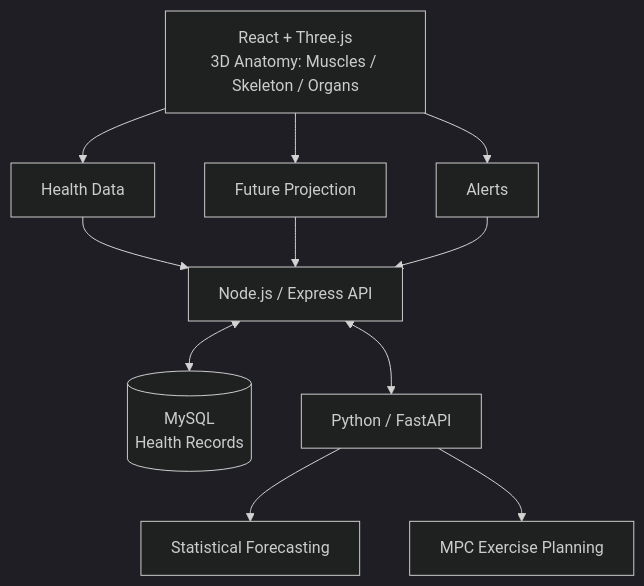
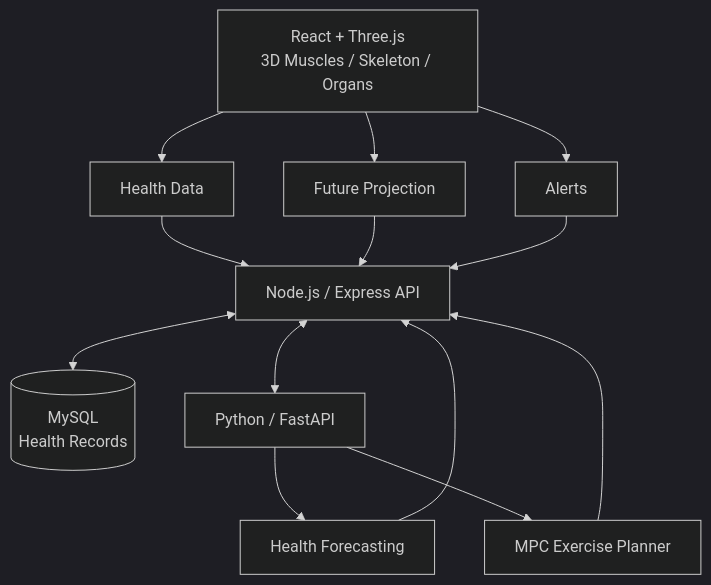
One commit to pr0mak/OlympusHealth changed the diagram in README.md. Above: the diagram before and after it, drawn with Mermaid (dark theme). The commit also changed other lines of this file, not shown here.

````diff
--- a/README.md
+++ b/README.md
@@ -56,14 +61,16 @@
 ```mermaid
-flowchart TD
-    U[React + Three.js<br/>3D Anatomy: Muscles / Skeleton / Organs]
-    U --> H[Health Data]
-    U --> P[Future Projection]
-    U --> A[Alerts]
-    H --> B[Node.js / Express API]
-    P --> B
-    A --> B
-    B <--> DB[(MySQL<br/>Health Records)]
-    B <--> PY[Python / FastAPI]
-    PY --> F[Statistical Forecasting]
-    PY --> M[MPC Exercise Planning]
+flowchart TB
+    UI[React + Three.js<br/>3D Muscles / Skeleton / Organs]
+    UI --> HD[Health Data]
+    UI --> FP[Future Projection]
+    UI --> AL[Alerts]
+    HD --> API[Node.js / Express API]
+    FP --> API
+    AL --> API
+    API <--> DB[(MySQL<br/>Health Records)]
+    API <--> PY[Python / FastAPI]
+    PY --> FC[Health Forecasting]
+    PY --> MPC[MPC Exercise Planner]
+    FC --> API
+    MPC --> API
 ```
````
